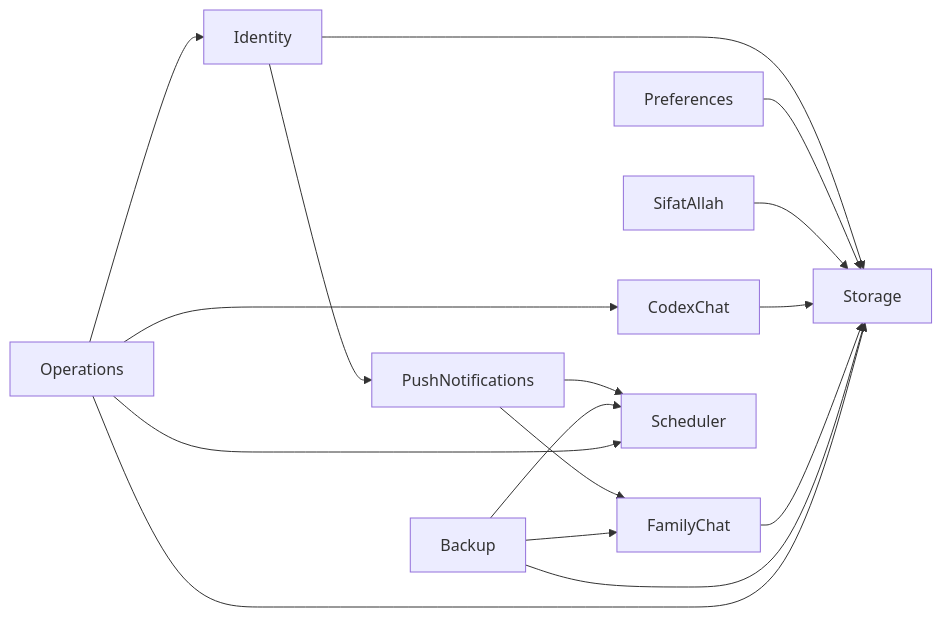
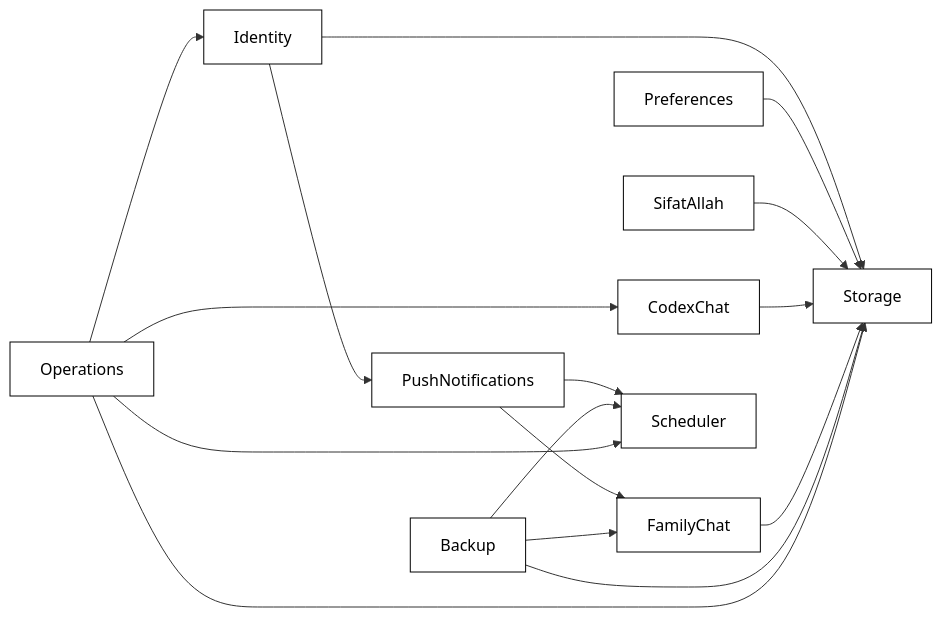
The second of 2 diagrams in plans/in-progress/ddd-hexagonal-adoption/tech-docs/002-target-architecture-and-context-map.md (wahidyankf/beaver-nest), drawn with Mermaid before and after one commit. The commit also changed other lines of this file, not shown here.

Commit message:
fix(plans): put the ddd plan diagrams on the accessible palette
Declare the canonical default class in both diagrams of the target
architecture and context map, as the mermaid palette policy requires.

````diff
--- a/plans/in-progress/ddd-hexagonal-adoption/tech-docs/002-target-architecture-and-context-map.md
+++ b/plans/in-progress/ddd-hexagonal-adoption/tech-docs/002-target-architecture-and-context-map.md
@@ -62,21 +64,23 @@
 ```mermaid
 flowchart LR
   accTitle: Bnest context map
   accDescr: Arrows point from a consumer to the published facade it calls. Storage is the supporting context for record-backed adapters; Operations aggregates read-only health.
 
   Identity --> Storage
   Identity --> PushNotifications
   Preferences --> Storage
   SifatAllah --> Storage
   CodexChat --> Storage
   FamilyChat --> Storage
   PushNotifications --> FamilyChat
   PushNotifications --> Scheduler
   Backup --> Storage
   Backup --> Scheduler
   Backup --> FamilyChat
   Operations --> Storage
   Operations --> Scheduler
   Operations --> Identity
   Operations --> CodexChat
+
+  classDef default fill:#FFFFFF,stroke:#000000,color:#000000
 ```
````
